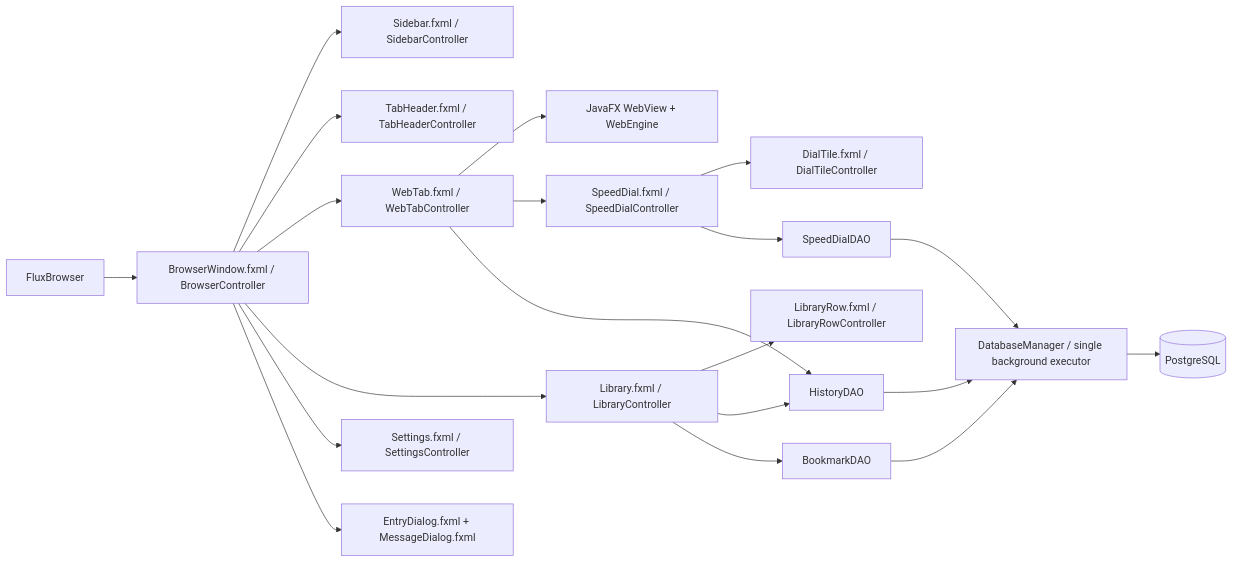
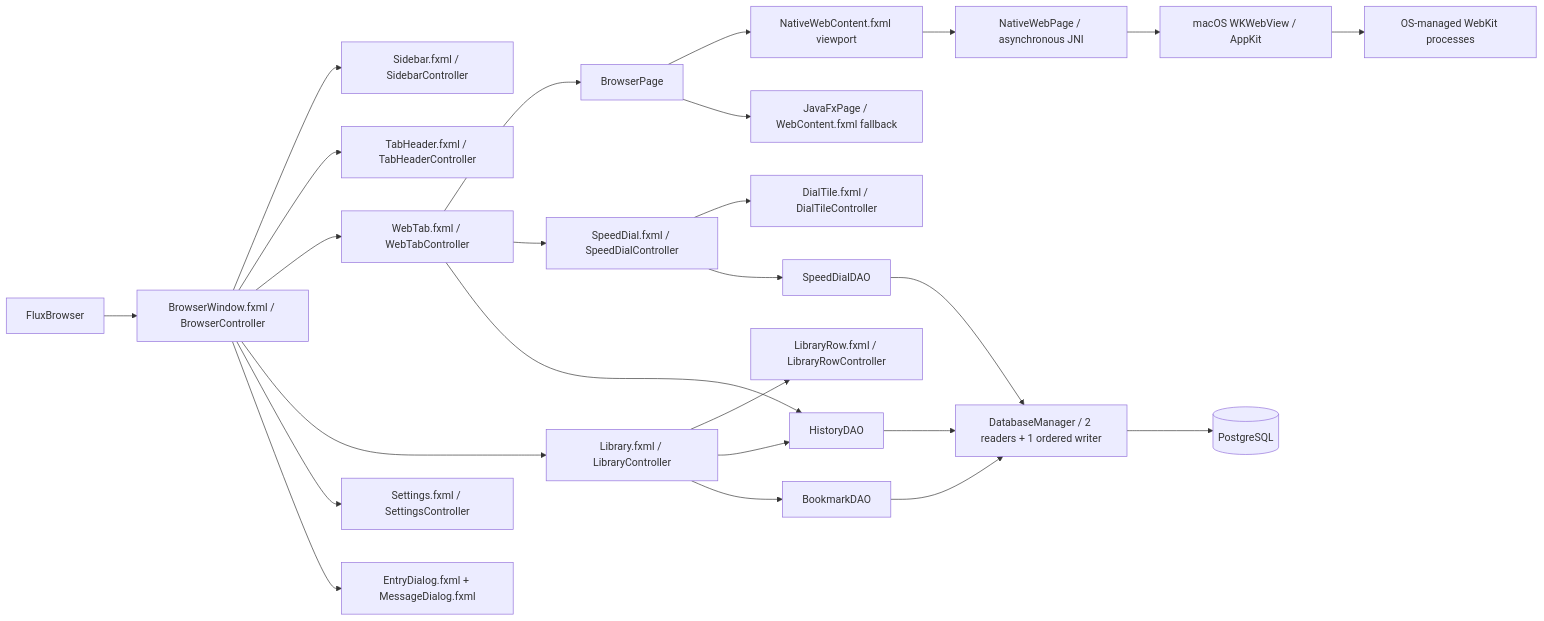
One commit to jisan-p/Flux-Browser changed the diagram in Flux/docs/ARCHITECTURE.md. Above: the diagram before and after it, drawn with Mermaid. The commit also changed other lines of this file and 30 other files, not shown here.

Commit message:
feat: add native macOS WebKit page integration and separate database read and write transactions

````diff
--- a/Flux/docs/ARCHITECTURE.md
+++ b/Flux/docs/ARCHITECTURE.md
@@ -28,22 +28,27 @@
 ```mermaid
 flowchart LR
     App[FluxBrowser] --> Window[BrowserWindow.fxml / BrowserController]
     Window --> Sidebar[Sidebar.fxml / SidebarController]
     Window --> Chips[TabHeader.fxml / TabHeaderController]
     Window --> Tabs[WebTab.fxml / WebTabController]
-    Tabs --> Engine[JavaFX WebView + WebEngine]
+    Tabs --> Page[BrowserPage]
+    Page --> Content[NativeWebContent.fxml viewport]
+    Content --> Bridge[NativeWebPage / asynchronous JNI]
+    Bridge --> Engine[macOS WKWebView / AppKit]
+    Engine --> Helpers[OS-managed WebKit processes]
+    Page --> Compat[JavaFxPage / WebContent.fxml fallback]
     Tabs --> Home[SpeedDial.fxml / SpeedDialController]
     Home --> Tiles[DialTile.fxml / DialTileController]
     Window --> Library[Library.fxml / LibraryController]
     Library --> Rows[LibraryRow.fxml / LibraryRowController]
     Window --> Settings[Settings.fxml / SettingsController]
     Window --> Dialogs[EntryDialog.fxml + MessageDialog.fxml]
     Tabs --> HistoryDAO
     Library --> HistoryDAO
     Library --> BookmarkDAO
     Home --> SpeedDialDAO
-    HistoryDAO --> DB[DatabaseManager / single background executor]
+    HistoryDAO --> DB[DatabaseManager / 2 readers + 1 ordered writer]
     BookmarkDAO --> DB
     SpeedDialDAO --> DB
     DB --> PG[(PostgreSQL)]
 ```
````
